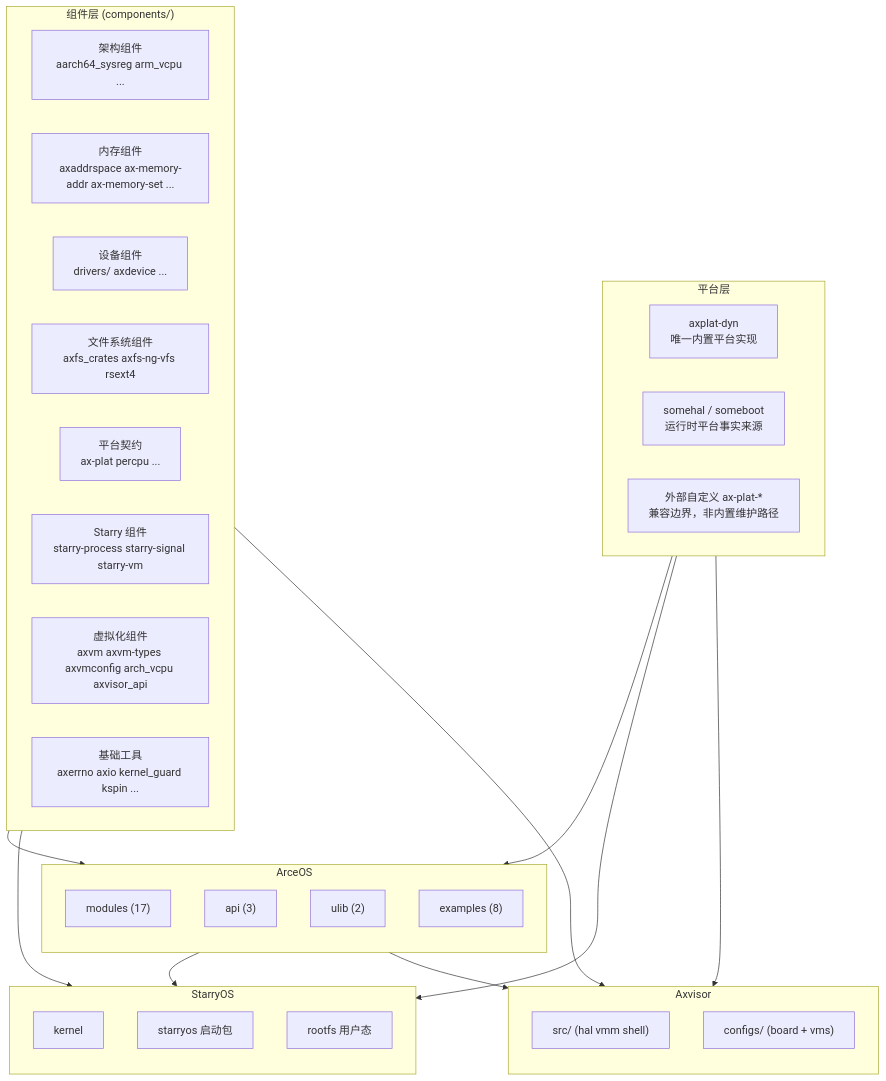
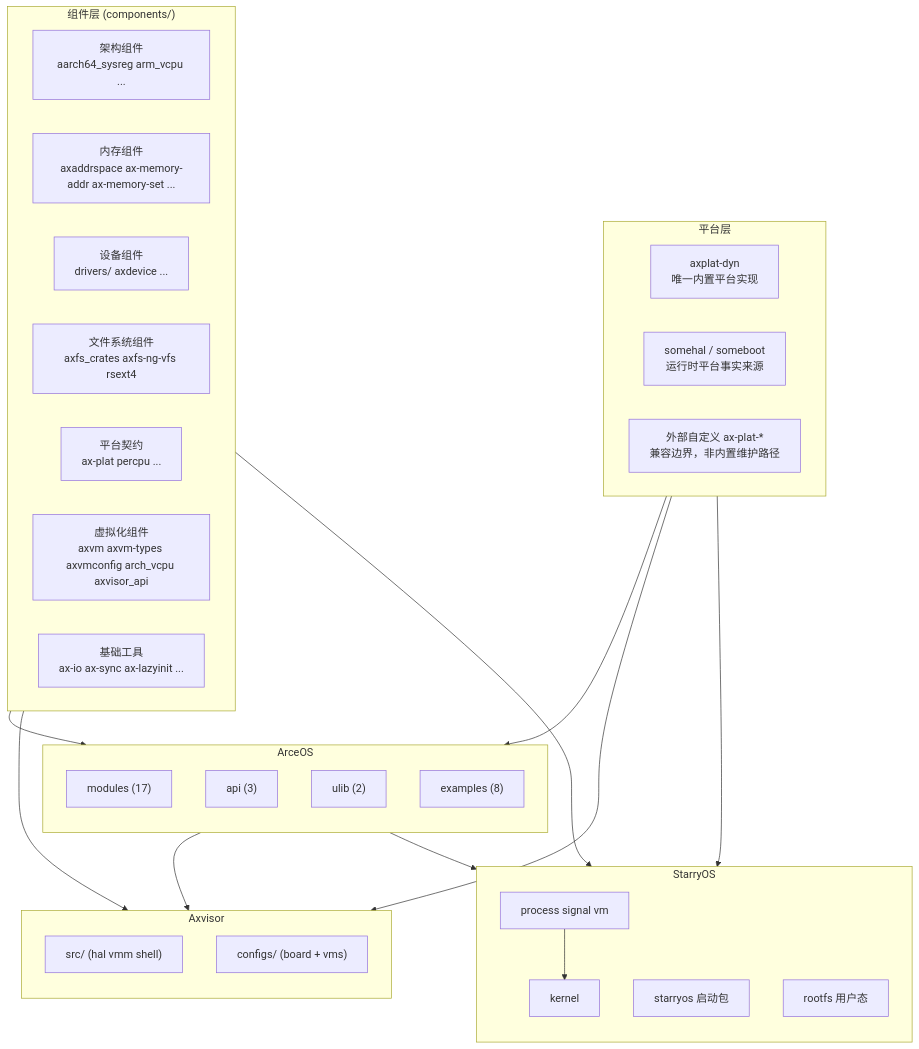
The first of 2 diagrams in 阶段性验收/02-源码快照/tgoskits/docs/docs/architecture/overview.md (qcl-kernel/tgoskits-liangce), drawn with Mermaid before and after one commit. The commit also changed other lines of this file and 5368 other files, not shown here.

````diff
--- a/阶段性验收/02-源码快照/tgoskits/docs/docs/architecture/overview.md
+++ b/阶段性验收/02-源码快照/tgoskits/docs/docs/architecture/overview.md
@@ -10,51 +10,52 @@
 ```mermaid
 flowchart TD
     subgraph Components["组件层 (components/)"]
         direction LR
         C1["架构组件<br/>aarch64_sysreg arm_vcpu ..."]
         C2["内存组件<br/>axaddrspace ax-memory-addr ax-memory-set ..."]
         C3["设备组件<br/>drivers/ axdevice ..."]
         C4["文件系统组件<br/>axfs_crates axfs-ng-vfs rsext4"]
         C5["平台契约<br/>ax-plat percpu ..."]
-        C6["Starry 组件<br/>starry-process starry-signal starry-vm"]
-        C7["虚拟化组件<br/>axvm axvm-types axvmconfig arch_vcpu axvisor_api"]
-        C8["基础工具<br/>axerrno axio kernel_guard kspin ..."]
+        C6["虚拟化组件<br/>axvm axvm-types axvmconfig arch_vcpu axvisor_api"]
+        C7["基础工具<br/>ax-io ax-sync ax-lazyinit ..."]
     end
 
     subgraph ArceOS["ArceOS"]
         direction TB
         AM["modules (17)"]
         AA["api (3)"]
         AU["ulib (2)"]
         AX["examples (8)"]
     end
 
     subgraph StarryOS["StarryOS"]
         direction TB
+        SC["process signal vm"]
         SK["kernel"]
         SP["starryos 启动包"]
         SR["rootfs 用户态"]
     end
 
     subgraph Axvisor["Axvisor"]
         direction TB
         AV["src/ (hal vmm shell)"]
         AC["configs/ (board + vms)"]
     end
 
     subgraph Platform["平台层"]
         direction LR
         P1["axplat-dyn<br/>唯一内置平台实现"]
         P2["somehal / someboot<br/>运行时平台事实来源"]
         P3["外部自定义 ax-plat-*<br/>兼容边界，非内置维护路径"]
     end
 
     Components --> ArceOS
-    Components --> StarryOS
+    Components --> SC
+    SC --> SK
     Components --> Axvisor
     ArceOS --> StarryOS
     ArceOS --> Axvisor
     Platform --> ArceOS
     Platform --> StarryOS
     Platform --> Axvisor
 ```
````
